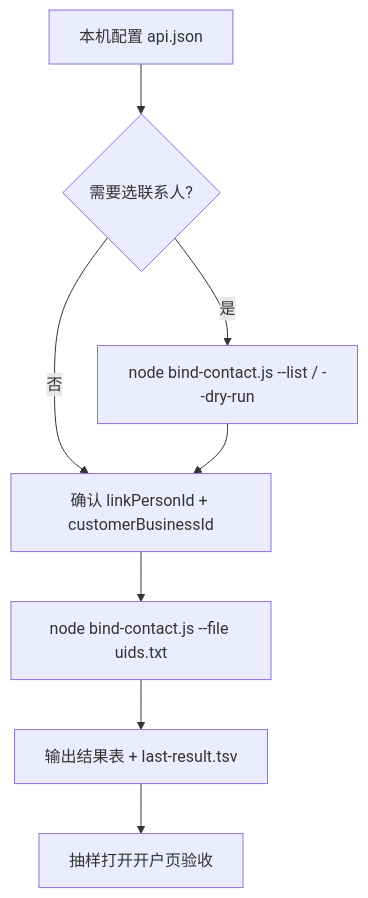
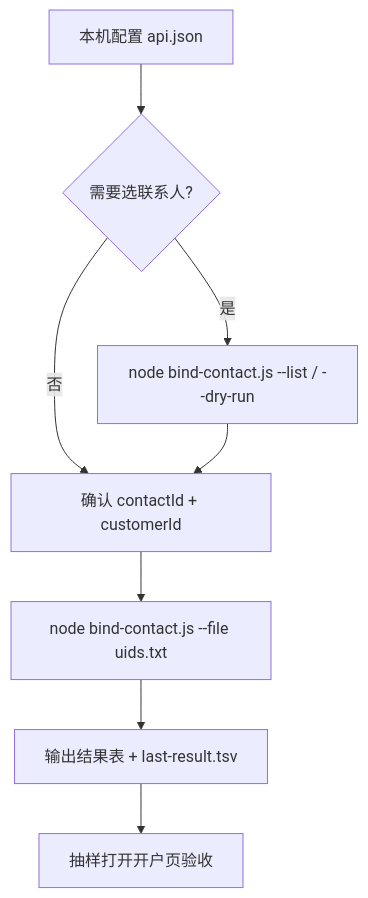
The diagram in skills/ams-default-contact/SKILL.md (UUOquinn/SKILLS), drawn with Mermaid before and after one commit. The commit also changed other lines of this file and 125 other files, not shown here.

````diff
--- a/skills/ams-default-contact/SKILL.md
+++ b/skills/ams-default-contact/SKILL.md
@@ -29,10 +29,10 @@
 ```mermaid
 flowchart TD
   A[本机配置 api.json] --> B{需要选联系人?}
   B -->|是| C["node bind-contact.js --list / --dry-run"]
-  B -->|否| D[确认 linkPersonId + customerBusinessId]
+  B -->|否| D[确认 contactId + customerId]
   C --> D
   D --> E["node bind-contact.js --file uids.txt"]
   E --> F[输出结果表 + last-result.tsv]
   F --> G[抽样打开开户页验收]
 ```
````
